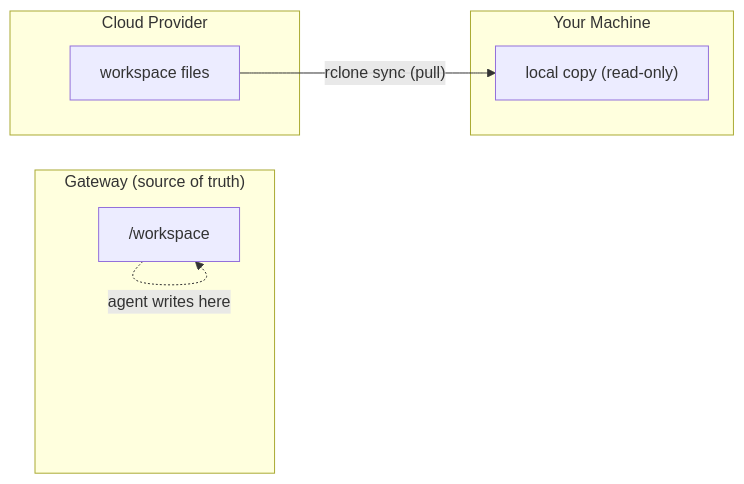
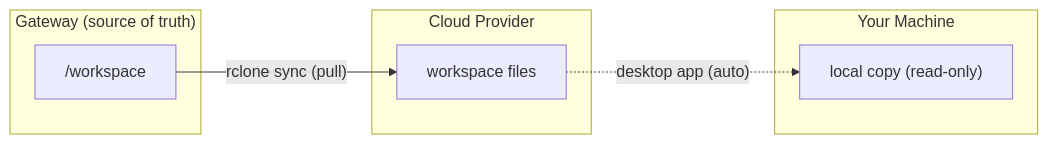
The second of 3 diagrams in README.src.md (ashbrener/openclaw-workspace-sync), drawn with Mermaid before and after one commit. The commit also changed 1 other file, not shown here.

Commit message:
fix: mirror diagram — remove self-loop, show clean pull flow
Made-with: Cursor

````diff
--- a/README.src.md
+++ b/README.src.md
@@ -89,14 +89,14 @@
 ```mermaid
 flowchart LR
     subgraph GW["Gateway (source of truth)"]
         WS["/workspace"]
     end
     subgraph CLOUD["Cloud Provider"]
         CF["workspace files"]
     end
     subgraph LOCAL["Your Machine"]
         LM["local copy (read-only)"]
     end
-    CF -- "rclone sync (pull)" --> LM
-    WS -. "agent writes here" .-> WS
+    WS -- "rclone sync (pull)" --> CF
+    CF -. "desktop app (auto)" .-> LM
 ```
````
